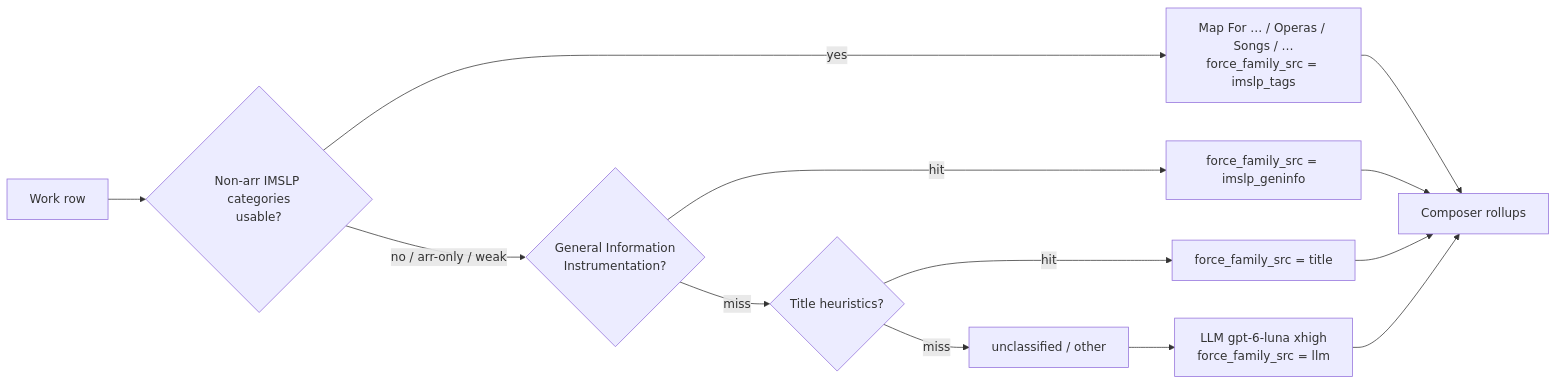
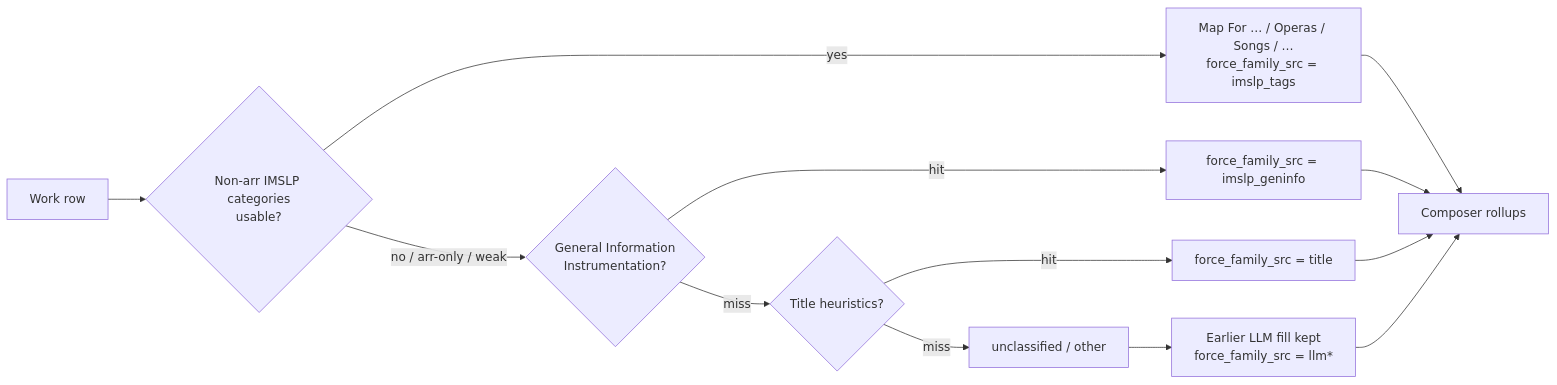
One commit to egorpol/eu-pd-composers changed the second of 2 diagrams in docs/PIPELINE.md. Above: the diagram before and after it, drawn with Mermaid. The commit also changed other lines of this file and 13 other files, not shown here.

````diff
--- a/docs/PIPELINE.md
+++ b/docs/PIPELINE.md
@@ -71,15 +73,15 @@
 ```mermaid
 flowchart LR
   A[Work row] --> B{Non-arr IMSLP categories<br/>usable?}
   B -->|yes| C[Map For … / Operas / Songs / …<br/>force_family_src = imslp_tags]
   B -->|no / arr-only / weak| GI{General Information<br/>Instrumentation?}
   GI -->|hit| GIsrc[force_family_src = imslp_geninfo]
   GI -->|miss| D{Title heuristics?}
   D -->|hit| E[force_family_src = title]
   D -->|miss| F[unclassified / other]
-  F --> G[LLM gpt-6-luna xhigh<br/>force_family_src = llm]
+  F --> G[Earlier LLM fill kept<br/>force_family_src = llm*]
   C --> H[Composer rollups]
   GIsrc --> H
   E --> H
   G --> H
 ```
````
